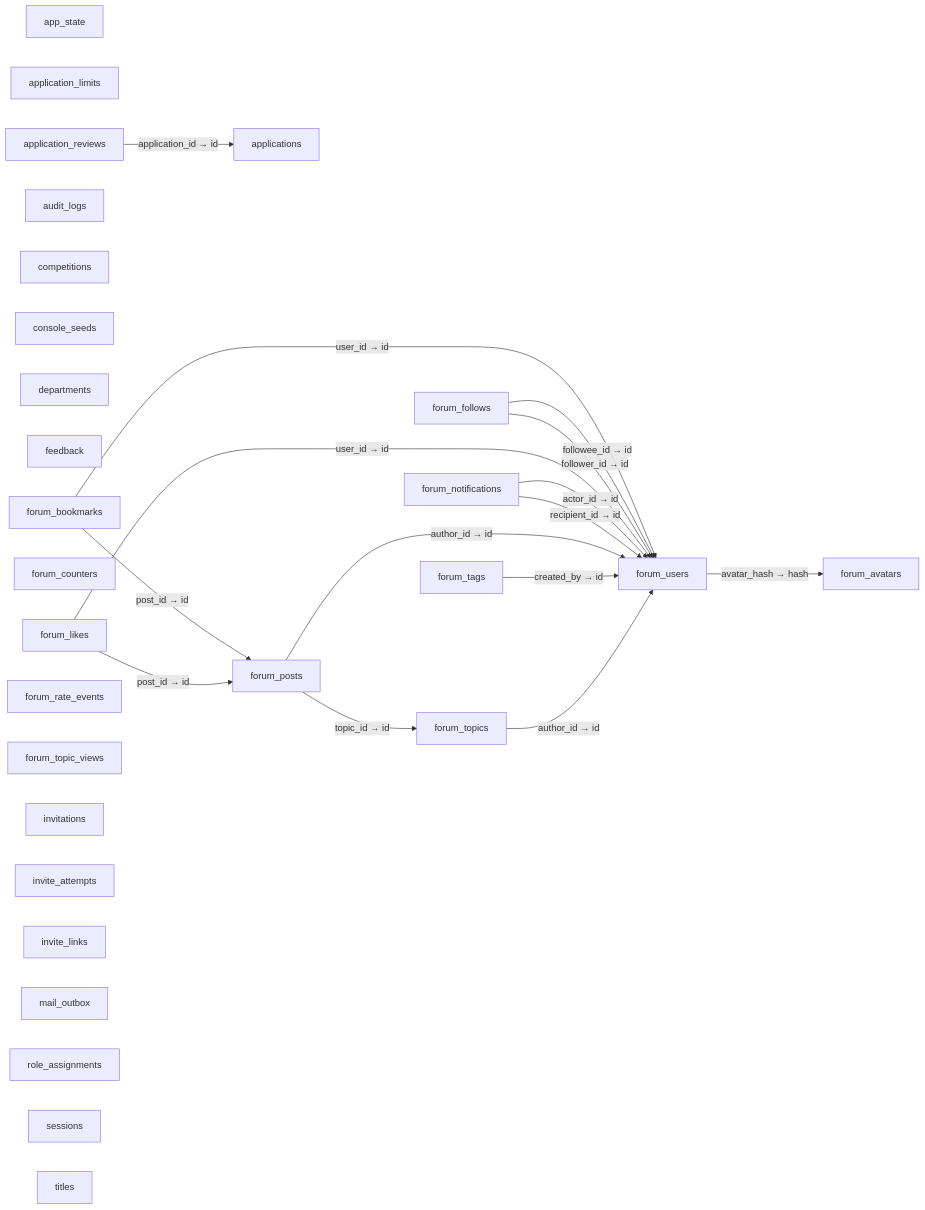
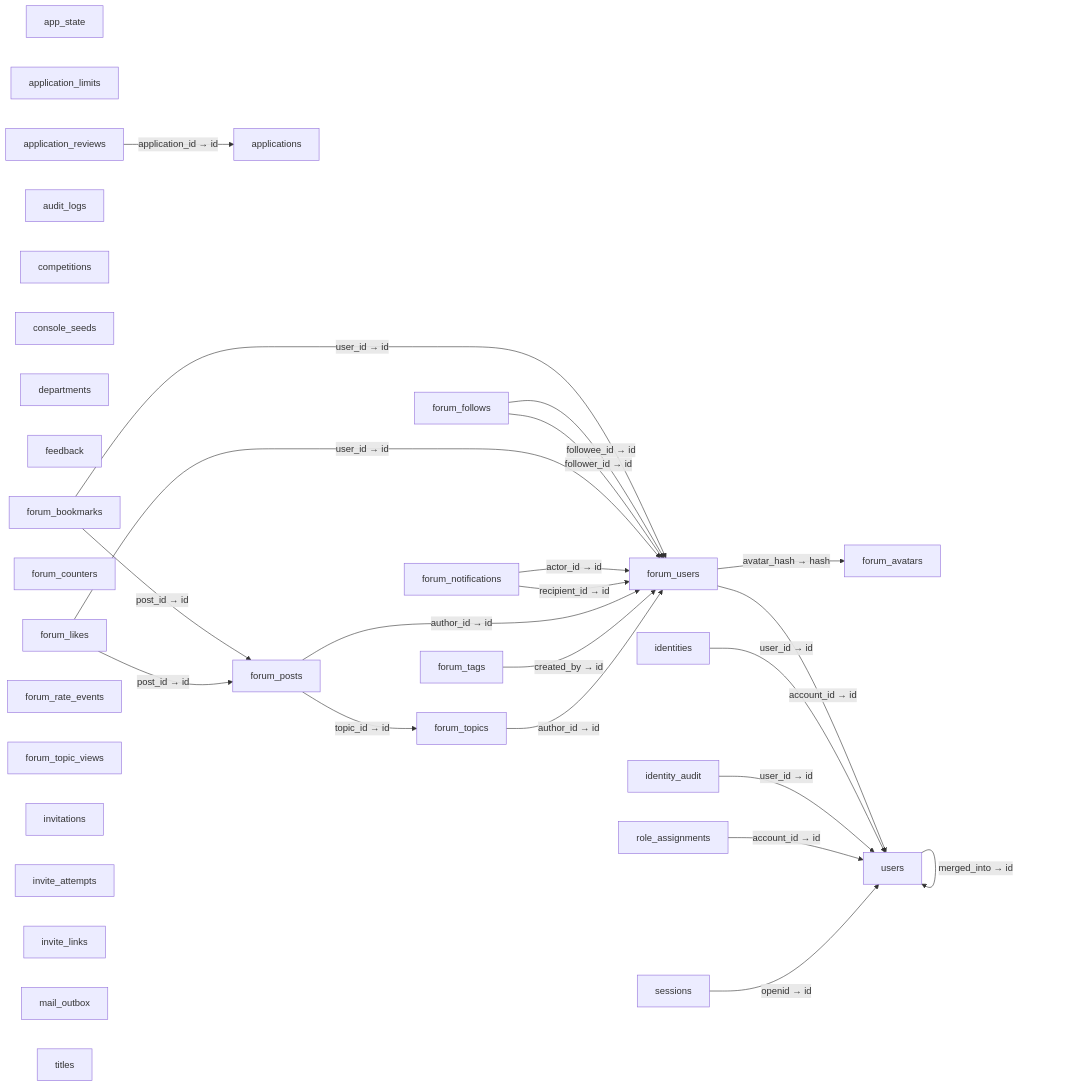
Before and after one commit to Doulor/admin: the diagram in docs/architecture/catalog/data-model.md, drawn with Mermaid. The commit also changed other lines of this file and 61 other files, not shown here.

````diff
--- a/docs/architecture/catalog/data-model.md
+++ b/docs/architecture/catalog/data-model.md
@@ -15,45 +15,54 @@
 ```mermaid
 flowchart LR
   app_state["app_state"]
   application_limits["application_limits"]
   application_reviews["application_reviews"]
   applications["applications"]
   audit_logs["audit_logs"]
   competitions["competitions"]
   console_seeds["console_seeds"]
   departments["departments"]
   feedback["feedback"]
   forum_avatars["forum_avatars"]
   forum_bookmarks["forum_bookmarks"]
   forum_counters["forum_counters"]
   forum_follows["forum_follows"]
   forum_likes["forum_likes"]
   forum_notifications["forum_notifications"]
   forum_posts["forum_posts"]
   forum_rate_events["forum_rate_events"]
   forum_tags["forum_tags"]
   forum_topic_views["forum_topic_views"]
   forum_topics["forum_topics"]
   forum_users["forum_users"]
+  identities["identities"]
+  identity_audit["identity_audit"]
   invitations["invitations"]
   invite_attempts["invite_attempts"]
   invite_links["invite_links"]
   mail_outbox["mail_outbox"]
   role_assignments["role_assignments"]
   sessions["sessions"]
   titles["titles"]
+  users["users"]
   application_reviews -->|"application_id → id"| applications
   forum_bookmarks -->|"post_id → id"| forum_posts
   forum_bookmarks -->|"user_id → id"| forum_users
   forum_follows -->|"followee_id → id"| forum_users
   forum_follows -->|"follower_id → id"| forum_users
   forum_likes -->|"user_id → id"| forum_users
   forum_likes -->|"post_id → id"| forum_posts
   forum_notifications -->|"actor_id → id"| forum_users
   forum_notifications -->|"recipient_id → id"| forum_users
   forum_posts -->|"author_id → id"| forum_users
   forum_posts -->|"topic_id → id"| forum_topics
   forum_tags -->|"created_by → id"| forum_users
   forum_topics -->|"author_id → id"| forum_users
+  forum_users -->|"account_id → id"| users
   forum_users -->|"avatar_hash → hash"| forum_avatars
+  identities -->|"user_id → id"| users
+  identity_audit -->|"user_id → id"| users
+  role_assignments -->|"account_id → id"| users
+  sessions -->|"openid → id"| users
+  users -->|"merged_into → id"| users
 ```
````
